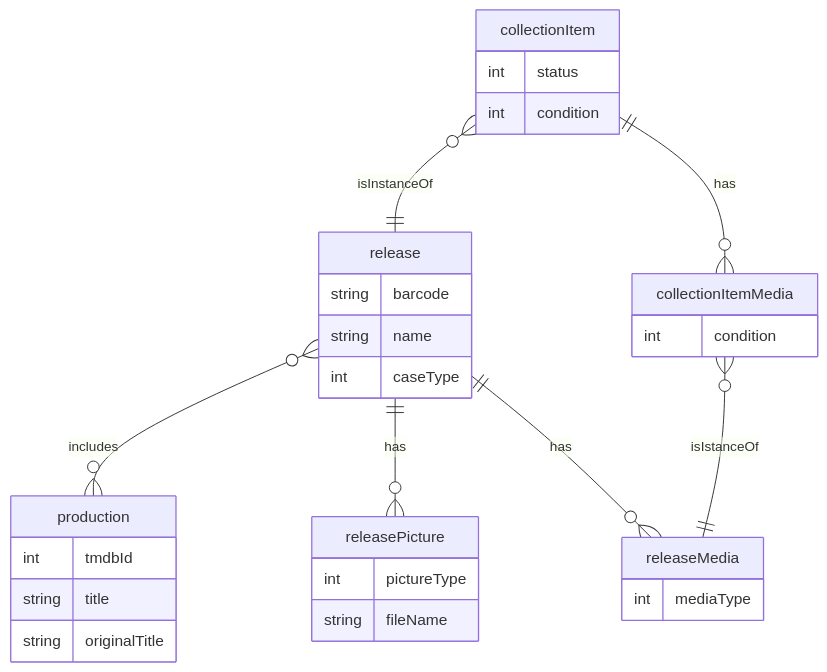
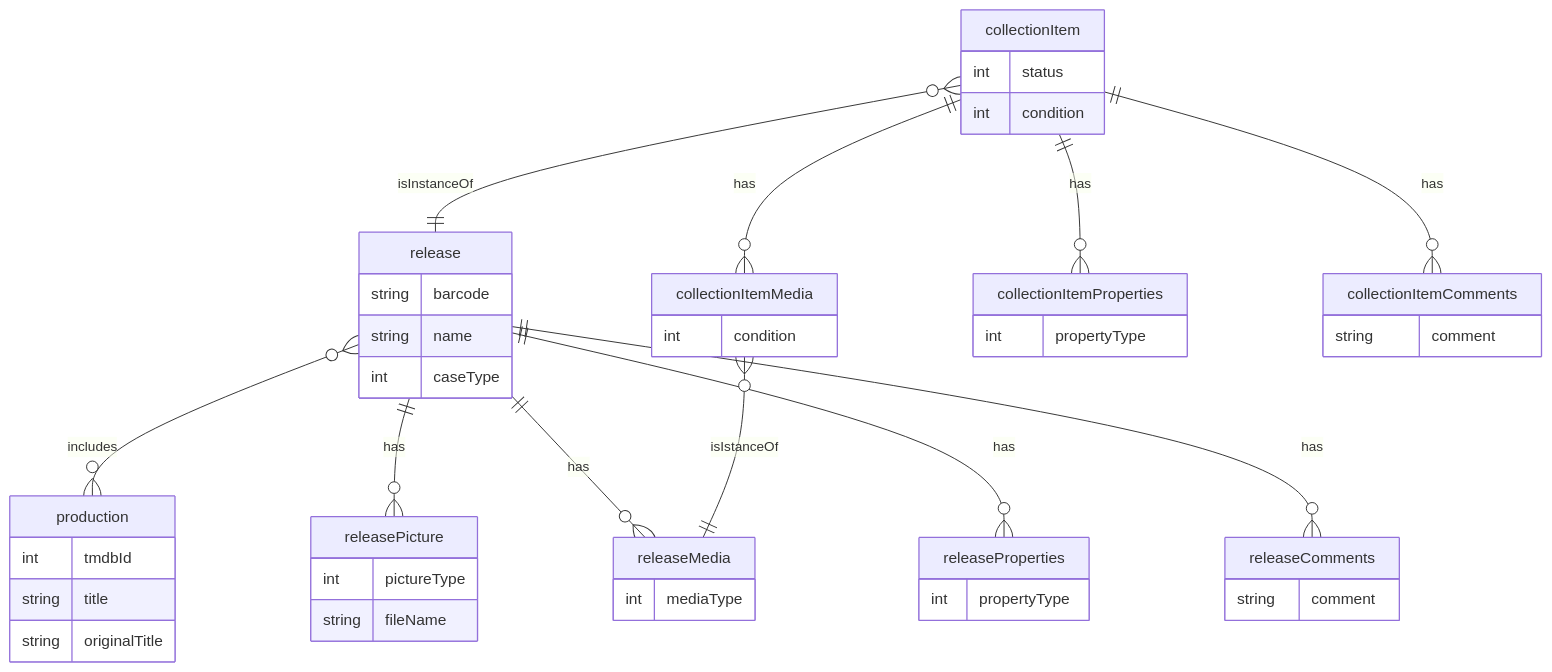
Before and after one commit to zorrokid/film-freak: the diagram in README.md, drawn with Mermaid.

Commit message:
ER diagram up to date

````diff
--- a/README.md
+++ b/README.md
@@ -37,33 +37,49 @@
 ```mermaid
     erDiagram
         release }o--o{ production : includes 
         release {
             string barcode
             string name
             int caseType
         }
         production {
             int tmdbId
             string title
             string originalTitle
         }
         collectionItem }o--|| release : isInstanceOf 
         collectionItem {
             int status
             int condition
         }
         release ||--o{ releasePicture : has
         releasePicture {
             int pictureType
             string fileName
         }
         release ||--o{ releaseMedia : has
         releaseMedia {
             int mediaType
         }
+        release ||--o{ releaseProperties : has
+        releaseProperties{
+            int propertyType
+        }
+        release ||--o{ releaseComments : has
+        releaseComments{
+            string comment 
+        }
         collectionItem ||--o{ collectionItemMedia : has
         collectionItemMedia }o--|| releaseMedia: isIstanceOf
         collectionItemMedia {
             int condition
         }
+        collectionItem ||--o{ collectionItemProperties : has 
+        collectionItemProperties {
+            int propertyType
+        }
+        collectionItem ||--o{ collectionItemComments : has 
+        collectionItemComments {
+            string comment
+        }
 ```
````
